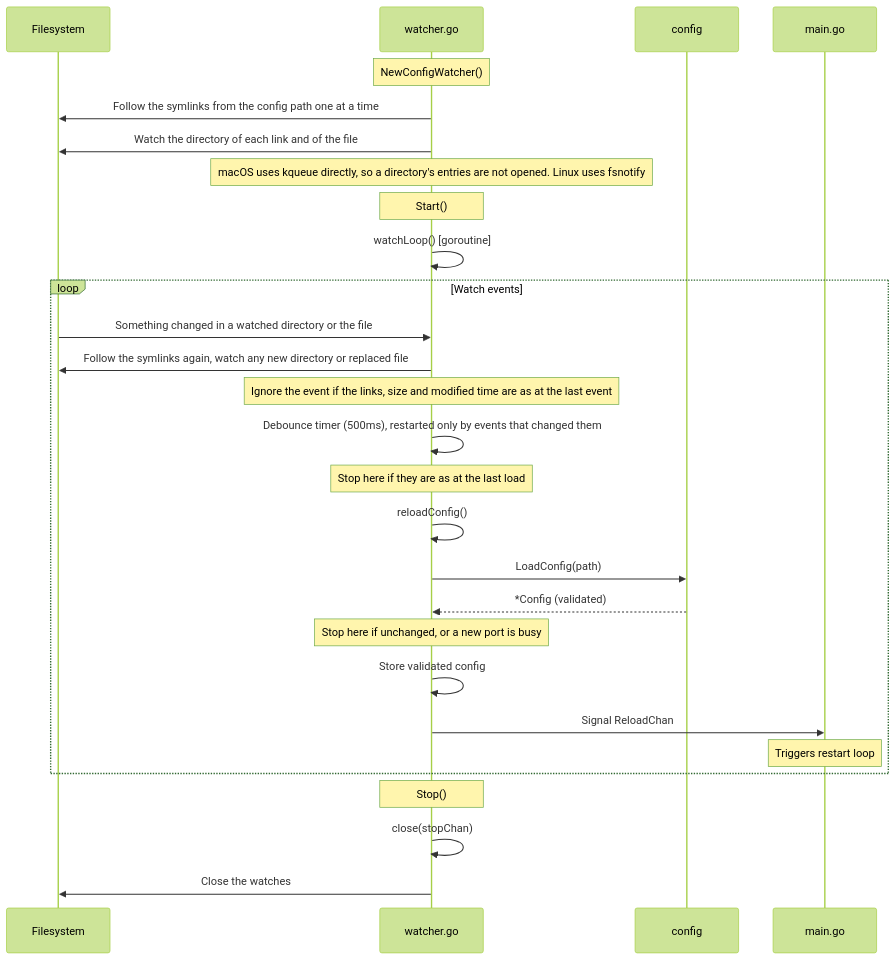
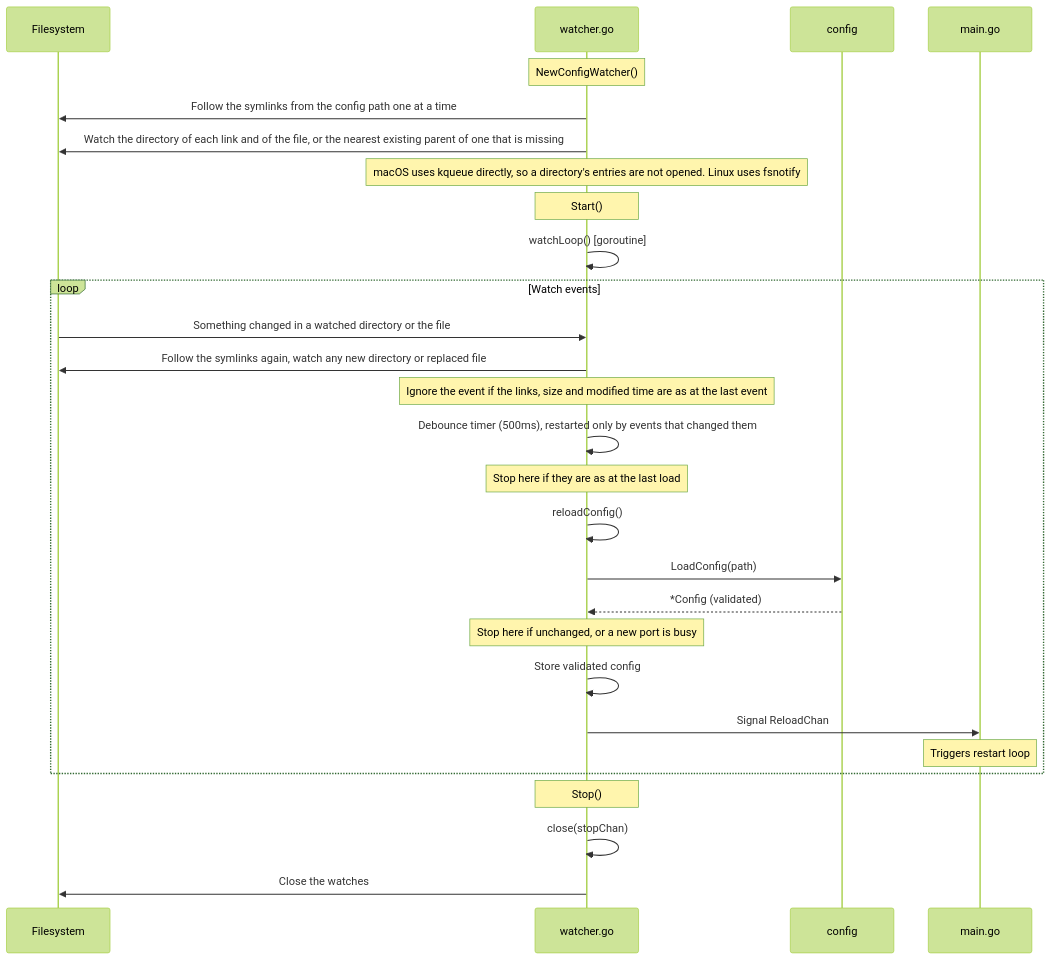
Before and after one commit to atas/autotunnel: the tenth of 11 diagrams in internal/README.md, drawn with Mermaid (forest theme). The commit also changed 3 other files, not shown here.

First line of the commit message:
Watch a config directory again after it is deleted and created again

````diff
--- a/internal/README.md
+++ b/internal/README.md
@@ -430,36 +430,36 @@
 ```mermaid
 sequenceDiagram
     participant fs as Filesystem
     participant w as watcher.go
     participant cfg as config
     participant main as main.go
 
     Note over w: NewConfigWatcher()
     w->>fs: Follow the symlinks from the config path one at a time
-    w->>fs: Watch the directory of each link and of the file
+    w->>fs: Watch the directory of each link and of the file, or the nearest existing parent of one that is missing
     Note over w: macOS uses kqueue directly, so a directory's entries are not opened. Linux uses fsnotify
 
     Note over w: Start()
     w->>w: watchLoop() [goroutine]
 
     loop Watch events
         fs->>w: Something changed in a watched directory or the file
         w->>fs: Follow the symlinks again, watch any new directory or replaced file
 
         Note over w: Ignore the event if the links, size and modified time are as at the last event
         w->>w: Debounce timer (500ms), restarted only by events that changed them
         Note over w: Stop here if they are as at the last load
         w->>w: reloadConfig()
         w->>cfg: LoadConfig(path)
         cfg-->>w: *Config (validated)
 
         Note over w: Stop here if unchanged, or a new port is busy
         w->>w: Store validated config
         w->>main: Signal ReloadChan
         Note over main: Triggers restart loop
     end
 
     Note over w: Stop()
     w->>w: close(stopChan)
     w->>fs: Close the watches
 ```
````
